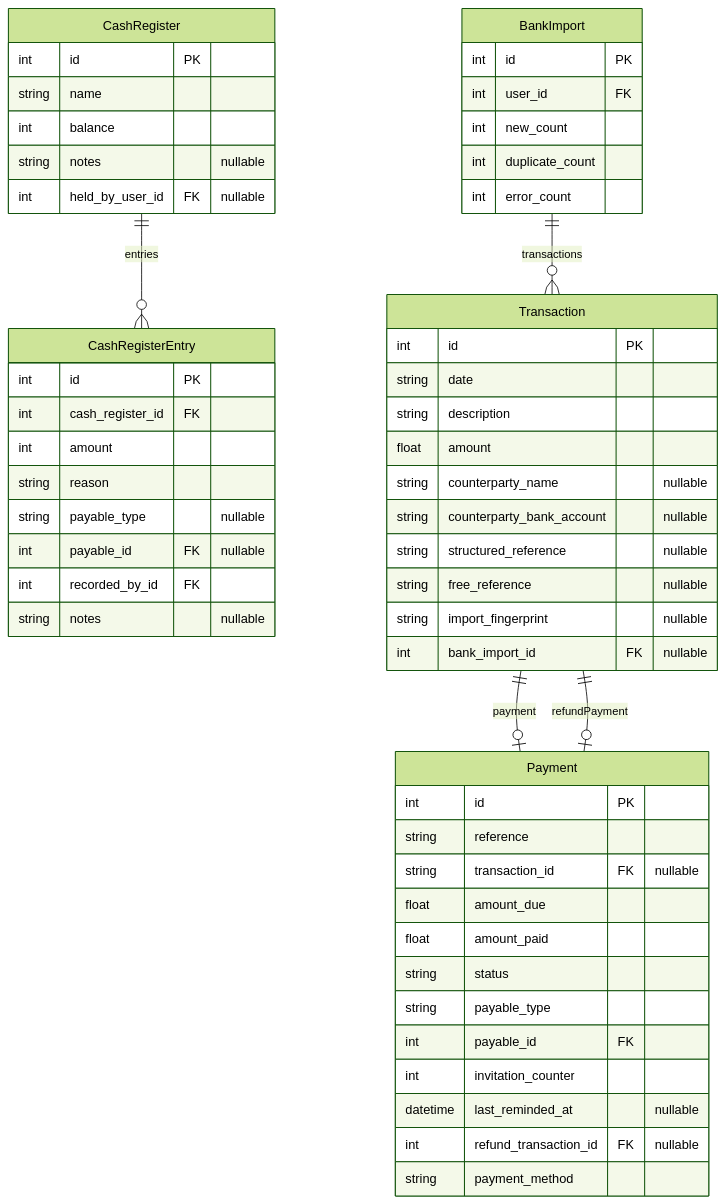
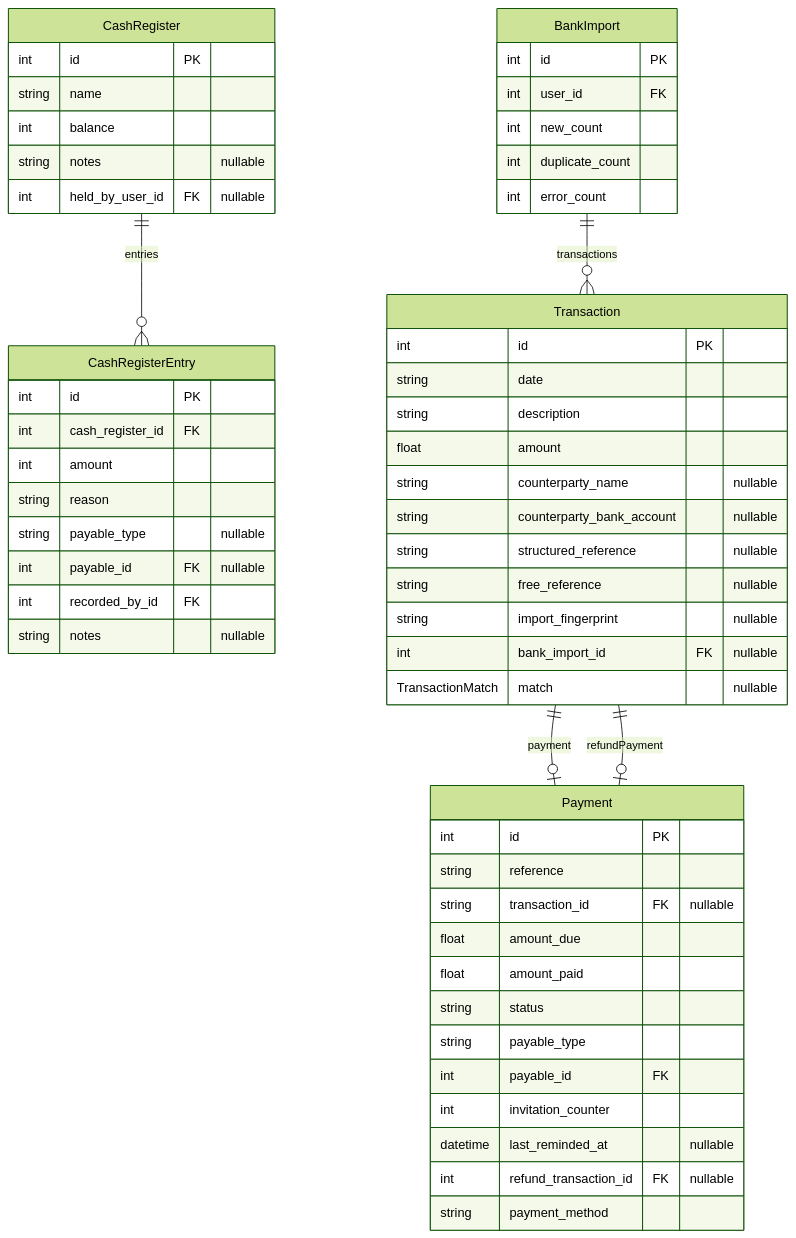
One commit to Paupoo/tabletennisclub-app changed the diagram in docs/erd/clubadmin-payment.md. Above: the diagram before and after it, drawn with Mermaid (forest theme). The commit also changed 34 other files, not shown here.

````diff
--- a/docs/erd/clubadmin-payment.md
+++ b/docs/erd/clubadmin-payment.md
@@ -3,58 +3,59 @@
 ```mermaid
 erDiagram
     BankImport {
         int id PK
         int user_id FK
         int new_count
         int duplicate_count
         int error_count
     }
     CashRegister {
         int id PK
         string name
         int balance
         string notes "nullable"
         int held_by_user_id FK "nullable"
     }
     CashRegisterEntry {
         int id PK
         int cash_register_id FK
         int amount
         string reason
         string payable_type "nullable"
         int payable_id FK "nullable"
         int recorded_by_id FK
         string notes "nullable"
     }
     Payment {
         int id PK
         string reference
         string transaction_id FK "nullable"
         float amount_due
         float amount_paid
         string status
         string payable_type
         int payable_id FK
         int invitation_counter
         datetime last_reminded_at "nullable"
         int refund_transaction_id FK "nullable"
         string payment_method
     }
     Transaction {
         int id PK
         string date
         string description
         float amount
         string counterparty_name "nullable"
         string counterparty_bank_account "nullable"
         string structured_reference "nullable"
         string free_reference "nullable"
         string import_fingerprint "nullable"
         int bank_import_id FK "nullable"
+        TransactionMatch match "nullable"
     }
 
     BankImport ||--o{ Transaction : "transactions"
     CashRegister ||--o{ CashRegisterEntry : "entries"
     Transaction ||--o| Payment : "payment"
     Transaction ||--o| Payment : "refundPayment"
 ```
````
